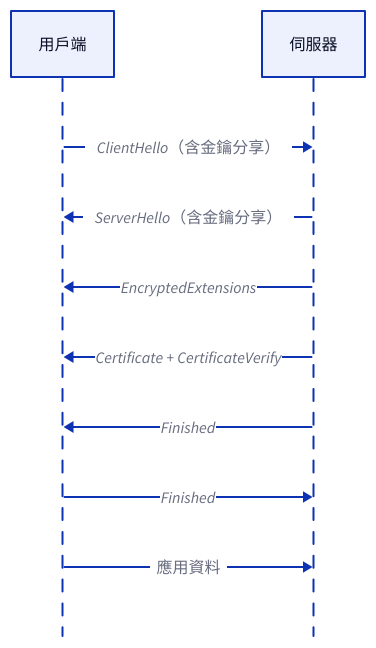
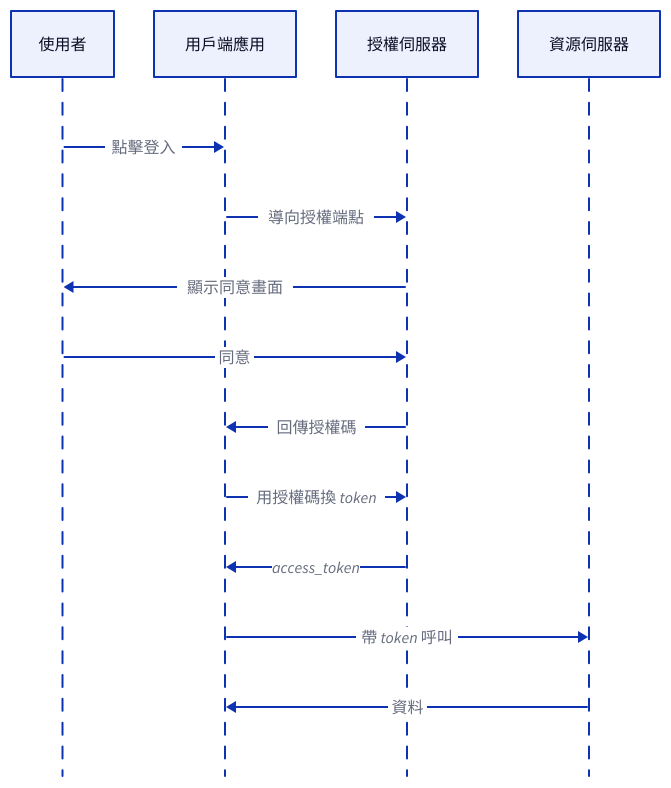
Before and after one commit to HiDomesticCat/blog: the second of 13 diagrams in content/zh/posts/tech-rendering-demo/index.md, drawn with D2. The commit also changed other lines of this file and 2 other files, not shown here.

```diff
--- a/content/zh/posts/tech-rendering-demo/index.md
+++ b/content/zh/posts/tech-rendering-demo/index.md
@@ -77,14 +77,18 @@
-{{< d2 caption="TLS 1.3 的一趟往返交握" >}}
+{{< d2 caption="OAuth 2.0 授權碼流程" >}}
 shape: sequence_diagram
 
-client: 用戶端
-server: 伺服器
+user: 使用者
+app: 用戶端應用
+idp: 授權伺服器
+api: 資源伺服器
 
-client -> server: ClientHello（含金鑰分享）
-server -> client: ServerHello（含金鑰分享）
-server -> client: EncryptedExtensions
-server -> client: Certificate + CertificateVerify
-server -> client: Finished
-client -> server: Finished
-client -> server: 應用資料
+user -> app: 點擊登入
+app -> idp: 導向授權端點
+idp -> user: 顯示同意畫面
+user -> idp: 同意
+idp -> app: 回傳授權碼
+app -> idp: 用授權碼換 token
+idp -> app: access_token
+app -> api: 帶 token 呼叫
+api -> app: 資料
 {{< /d2 >}}
```
